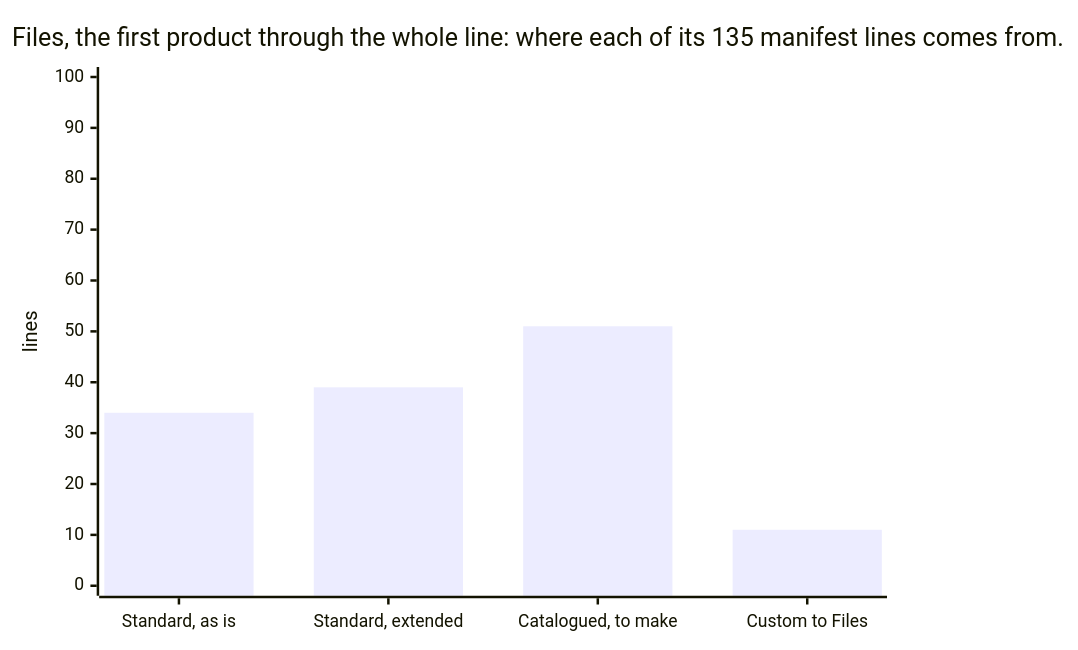
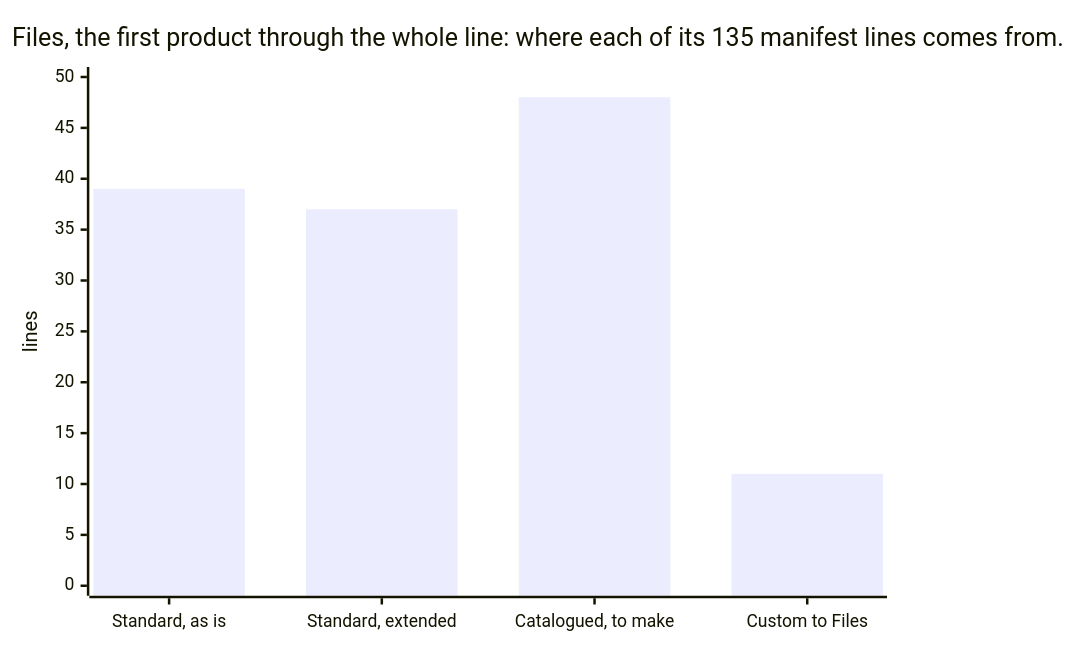
Before and after one commit to russlittle/ZTHR: the second of 3 diagrams in intent/docs/line/engineering.md, drawn with Mermaid. The commit also changed other lines of this file and 23 other files, not shown here.

````diff
--- a/intent/docs/line/engineering.md
+++ b/intent/docs/line/engineering.md
@@ -65,7 +65,7 @@
 ```mermaid
 xychart-beta
   title "Files, the first product through the whole line: where each of its 135 manifest lines comes from."
   x-axis ["Standard, as is", "Standard, extended", "Catalogued, to make", "Custom to Files"]
-  y-axis "lines" 0 --> 100
-  bar [34, 39, 51, 11]
+  y-axis "lines" 0 --> 50
+  bar [39, 37, 48, 11]
 ```
````
